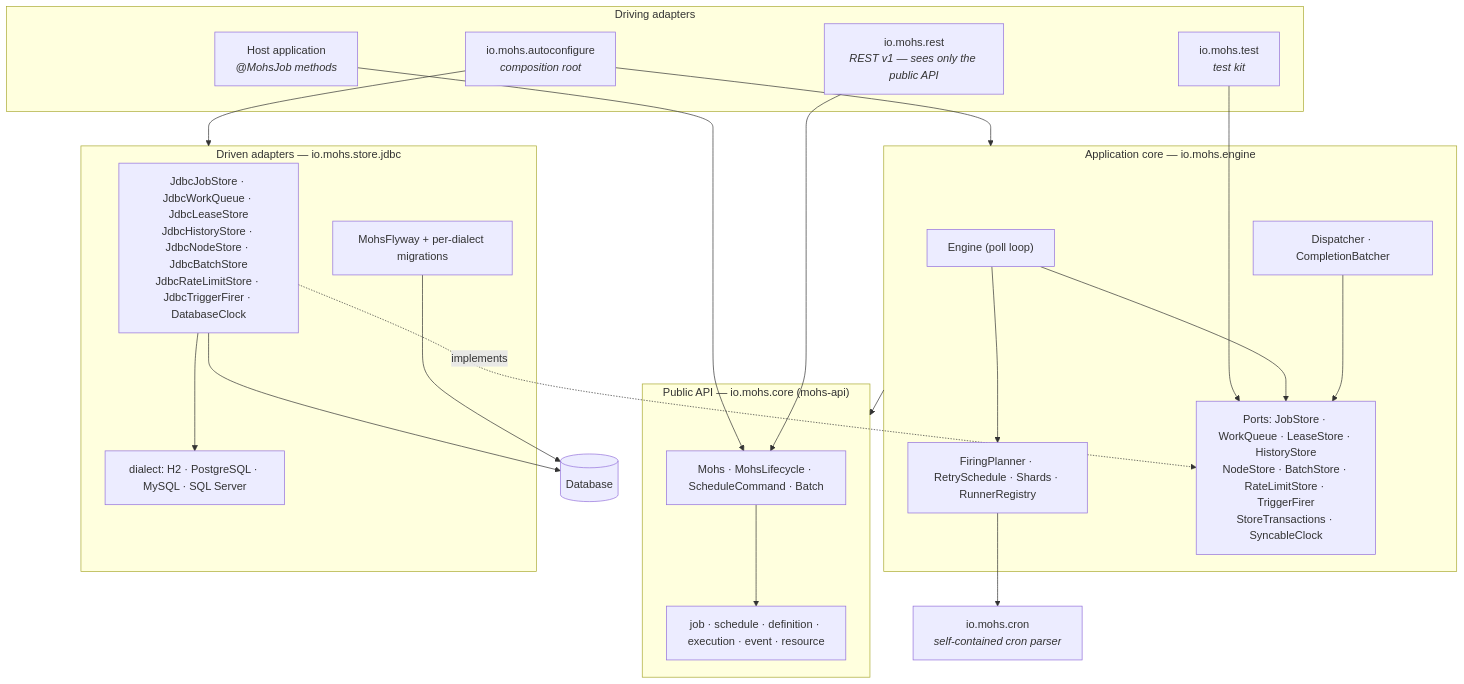
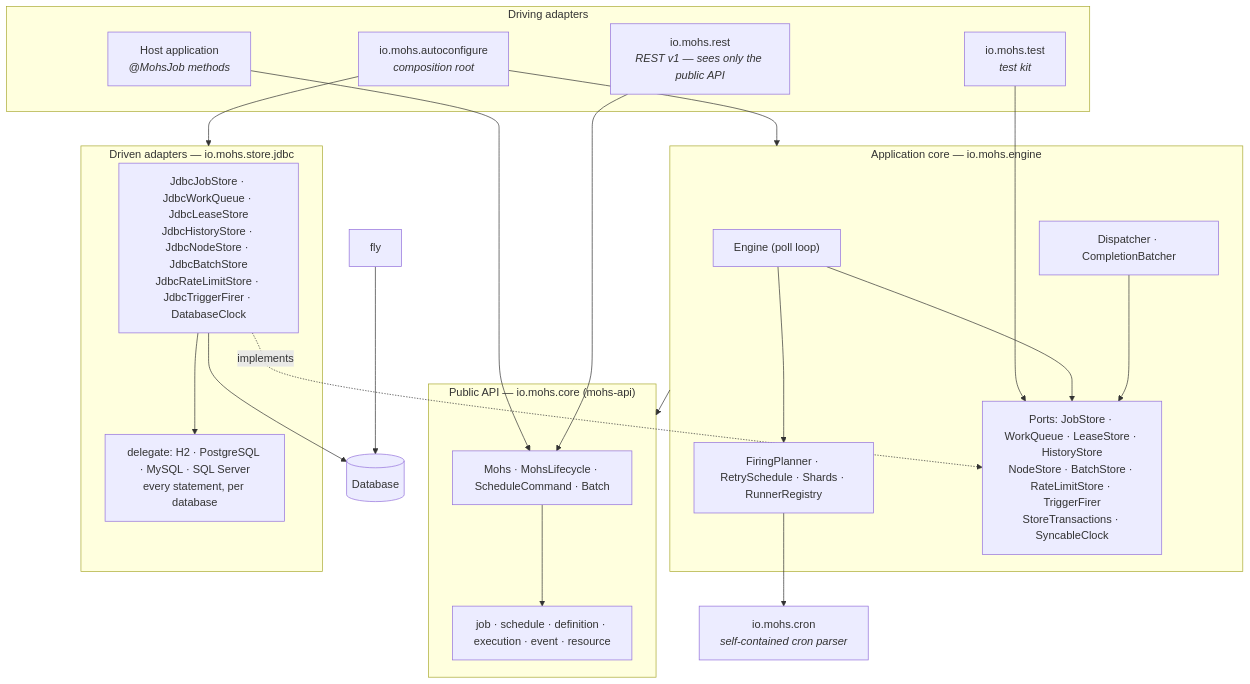
The diagram in docs/02-architecture/architecture-overview.md (robsonkades/mohs), drawn with Mermaid before and after one commit. The commit also changed other lines of this file and 33 other files, not shown here.

````diff
--- a/docs/02-architecture/architecture-overview.md
+++ b/docs/02-architecture/architecture-overview.md
@@ -31,46 +31,45 @@
 ```mermaid
 flowchart TB
     subgraph driving["Driving adapters"]
         rest["io.mohs.rest<br/><i>REST v1 — sees only the public API</i>"]
         auto["io.mohs.autoconfigure<br/><i>composition root</i>"]
         testkit["io.mohs.test<br/><i>test kit</i>"]
         app["Host application<br/><i>@MohsJob methods</i>"]
     end
 
     subgraph contracts["Public API — io.mohs.core (mohs-api)"]
         facade["Mohs · MohsLifecycle · ScheduleCommand · Batch"]
         vocab["job · schedule · definition · execution · event · resource"]
     end
 
     subgraph core["Application core — io.mohs.engine"]
         loop["Engine (poll loop)"]
         disp["Dispatcher · CompletionBatcher"]
         support["FiringPlanner · RetrySchedule · Shards · RunnerRegistry"]
         ports["Ports: JobStore · WorkQueue · LeaseStore · HistoryStore<br/>NodeStore · BatchStore · RateLimitStore · TriggerFirer<br/>StoreTransactions · SyncableClock"]
     end
 
     subgraph driven["Driven adapters — io.mohs.store.jdbc"]
         mappers["JdbcJobStore · JdbcWorkQueue · JdbcLeaseStore<br/>JdbcHistoryStore · JdbcNodeStore · JdbcBatchStore<br/>JdbcRateLimitStore · JdbcTriggerFirer · DatabaseClock"]
-        dial["dialect: H2 · PostgreSQL · MySQL · SQL Server"]
-        fly["MohsFlyway + per-dialect migrations"]
+        dial["delegate: H2 · PostgreSQL · MySQL · SQL Server<br/>every statement, per database"]
     end
 
     cron["io.mohs.cron<br/><i>self-contained cron parser</i>"]
     db[("Database")]
 
     app --> facade
     rest --> facade
     auto --> core
     auto --> driven
     testkit --> ports
     facade --> vocab
     core --> contracts
     loop --> support
     loop --> ports
     disp --> ports
     support --> cron
     mappers -.implements.-> ports
     mappers --> dial
     mappers --> db
     fly --> db
 ```
````
